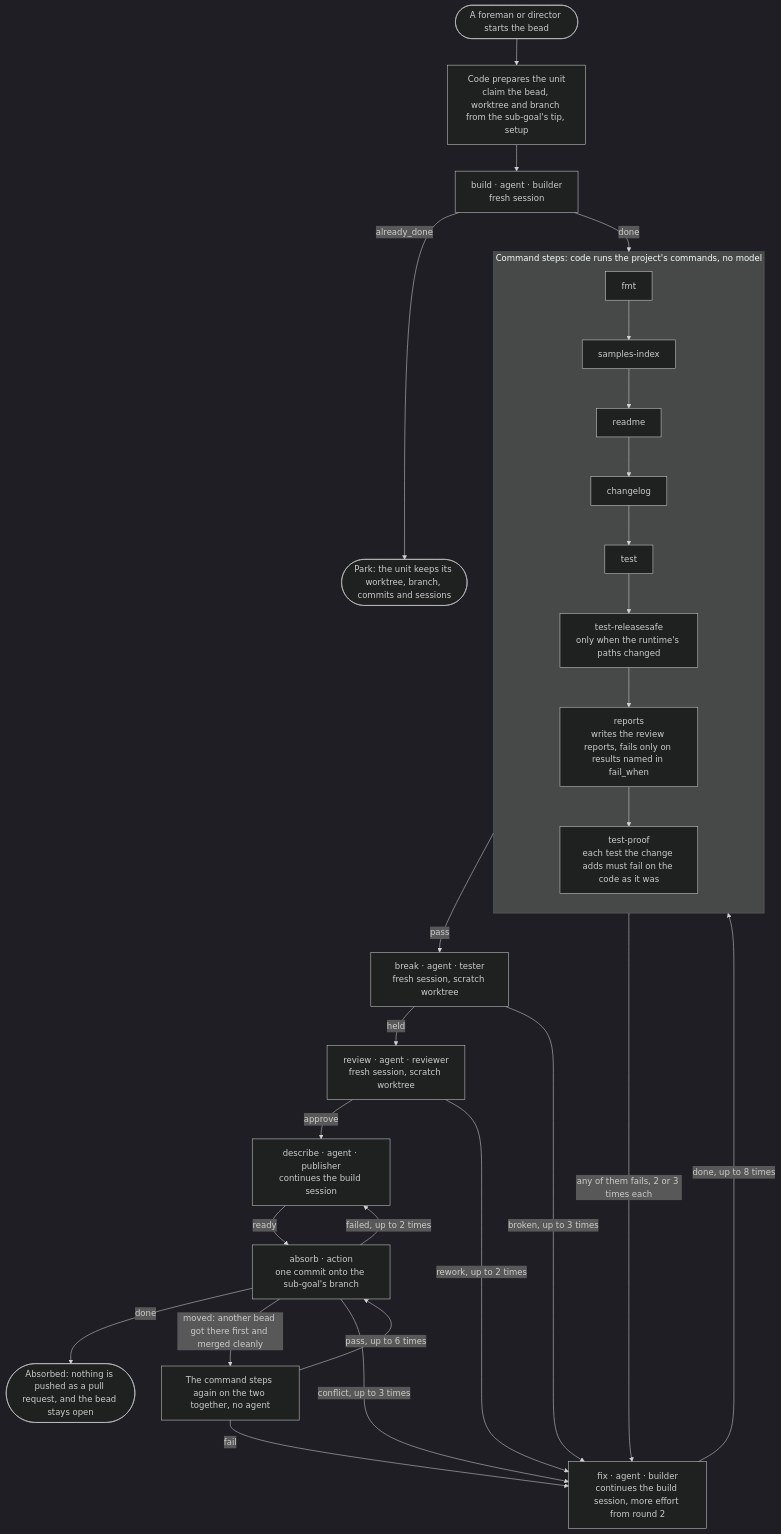
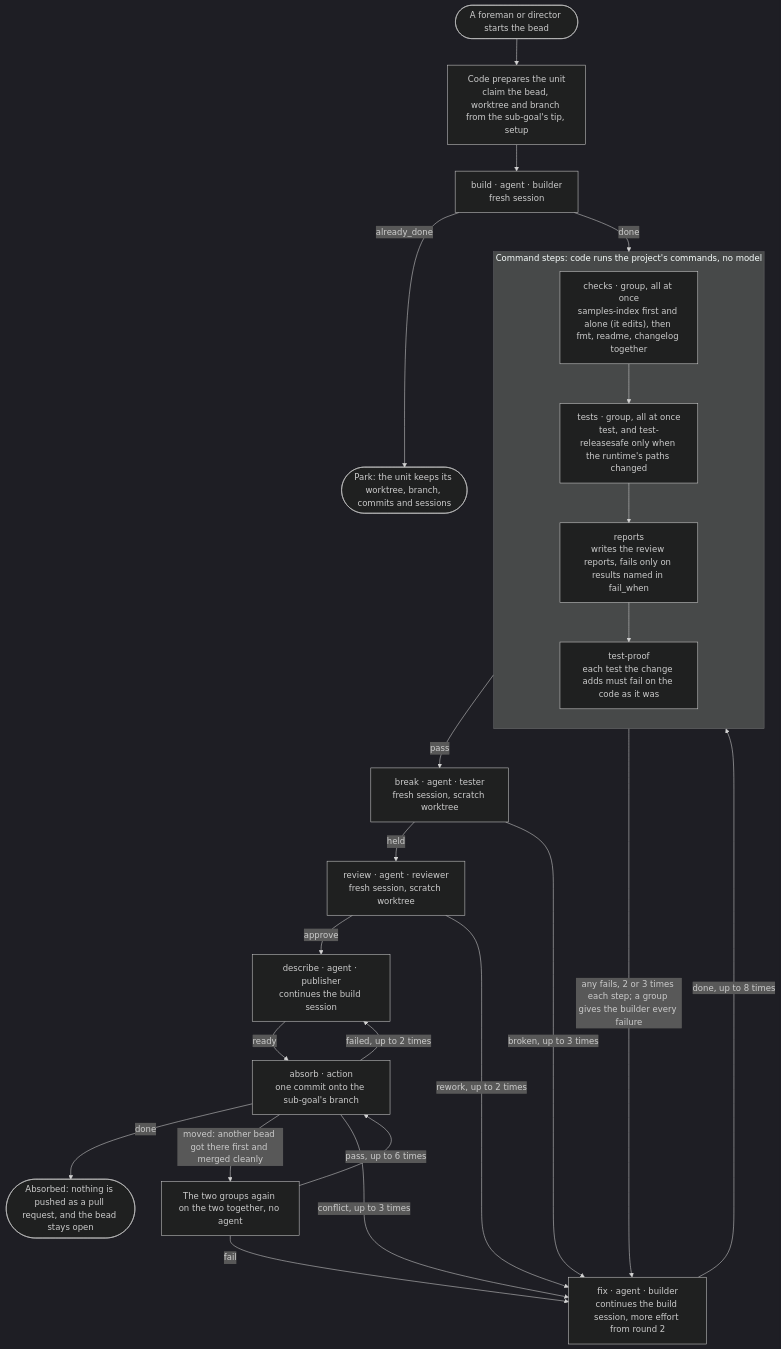
The third of 7 diagrams in docs/how-it-works.md (mikeacjones/software-factory), drawn with Mermaid (dark theme) before and after one commit. The commit also changed other lines of this file and 12 other files, not shown here.

````diff
--- a/docs/how-it-works.md
+++ b/docs/how-it-works.md
@@ -125,34 +125,30 @@
 ```mermaid
 flowchart TD
     start(["A foreman or director starts the bead"]) --> prepare["Code prepares the unit<br/>claim the bead, worktree and branch from the sub-goal's tip, setup"]
     prepare --> build["build · agent · builder<br/>fresh session"]
-    build -->|"done"| fmt
+    build -->|"done"| checks
     build -->|"already_done"| park
 
     subgraph commands["Command steps: code runs the project's commands, no model"]
         direction TB
-        fmt["fmt"] --> index["samples-index"]
-        index --> readme["readme"]
-        readme --> changelog["changelog"]
-        changelog --> test["test"]
-        test --> testsafe["test-releasesafe<br/>only when the runtime's paths changed"]
-        testsafe --> reports["reports<br/>writes the review reports, fails only on results named in fail_when"]
+        checks["checks · group, all at once<br/>samples-index first and alone (it edits), then fmt, readme, changelog together"] --> tests["tests · group, all at once<br/>test, and test-releasesafe only when the runtime's paths changed"]
+        tests --> reports["reports<br/>writes the review reports, fails only on results named in fail_when"]
         reports --> proof["test-proof<br/>each test the change adds must fail on the code as it was"]
     end
 
     proof -->|"pass"| break
-    commands -->|"any of them fails, 2 or 3 times each"| fix
+    commands -->|"any fails, 2 or 3 times each step; a group gives the builder every failure"| fix
     break["break · agent · tester<br/>fresh session, scratch worktree"] -->|"held"| review
     break -->|"broken, up to 3 times"| fix
     review["review · agent · reviewer<br/>fresh session, scratch worktree"] -->|"approve"| describe
     review -->|"rework, up to 2 times"| fix
-    fix["fix · agent · builder<br/>continues the build session, more effort from round 2"] -->|"done, up to 8 times"| fmt
+    fix["fix · agent · builder<br/>continues the build session, more effort from round 2"] -->|"done, up to 8 times"| checks
     describe["describe · agent · publisher<br/>continues the build session"] -->|"ready"| absorb
     absorb["absorb · action<br/>one commit onto the sub-goal's branch"] -->|"done"| finished(["Absorbed: nothing is pushed as a pull request, and the bead stays open"])
-    absorb -->|"moved: another bead got there first and merged cleanly"| recheck["The command steps again on the two together, no agent"]
+    absorb -->|"moved: another bead got there first and merged cleanly"| recheck["The two groups again on the two together, no agent"]
     recheck -->|"pass, up to 6 times"| absorb
     recheck -->|"fail"| fix
     absorb -->|"conflict, up to 3 times"| fix
     absorb -->|"failed, up to 2 times"| describe
     park(["Park: the unit keeps its worktree, branch, commits and sessions"])
 ```
````
